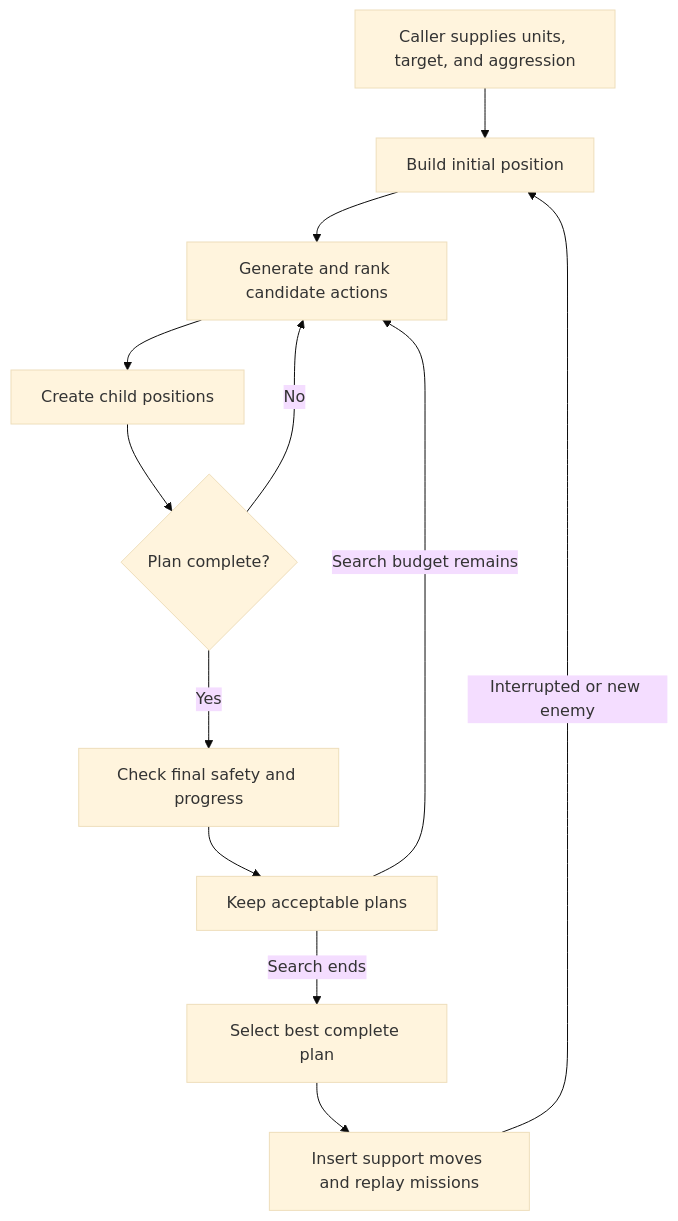
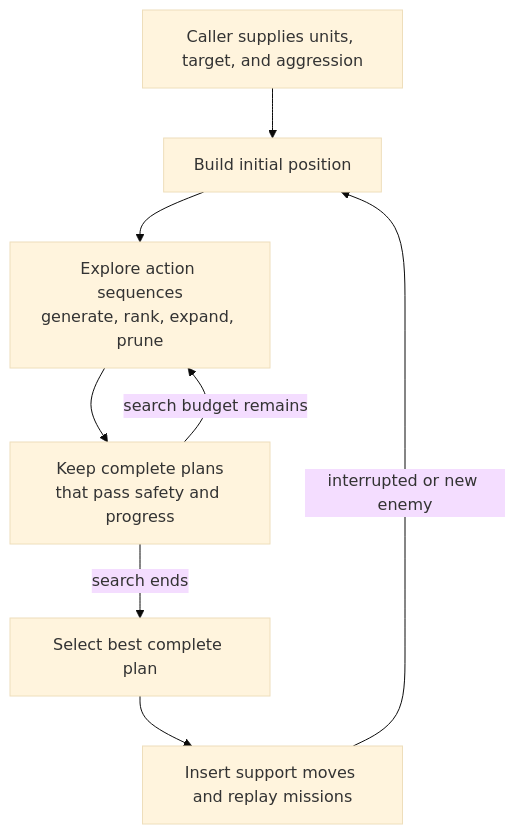
Before and after one commit to vox-deorum/vox-deorum: the first of 2 diagrams in docs/developers/civ5-dll/unit-ai/simulation/overview.md, drawn with Mermaid (base theme). The commit also changed other lines of this file and 13 other files, not shown here.

````diff
--- a/docs/developers/civ5-dll/unit-ai/simulation/overview.md
+++ b/docs/developers/civ5-dll/unit-ai/simulation/overview.md
@@ -30,14 +5,10 @@
 ```mermaid
 flowchart TD
     A[Caller supplies units, target, and aggression] --> B[Build initial position]
-    B --> C[Generate and rank candidate actions]
-    C --> D[Create child positions]
-    D --> E{Plan complete?}
-    E -->|No| C
-    E -->|Yes| F[Check final safety and progress]
-    F --> G[Keep acceptable plans]
-    G -->|Search budget remains| C
-    G -->|Search ends| H[Select best complete plan]
+    B --> C[Explore action sequences<br/>generate, rank, expand, prune]
+    C --> G[Keep complete plans<br/>that pass safety and progress]
+    G -->|search budget remains| C
+    G -->|search ends| H[Select best complete plan]
     H --> I[Insert support moves and replay missions]
-    I -->|Interrupted or new enemy| B
+    I -->|interrupted or new enemy| B
 ```
````
